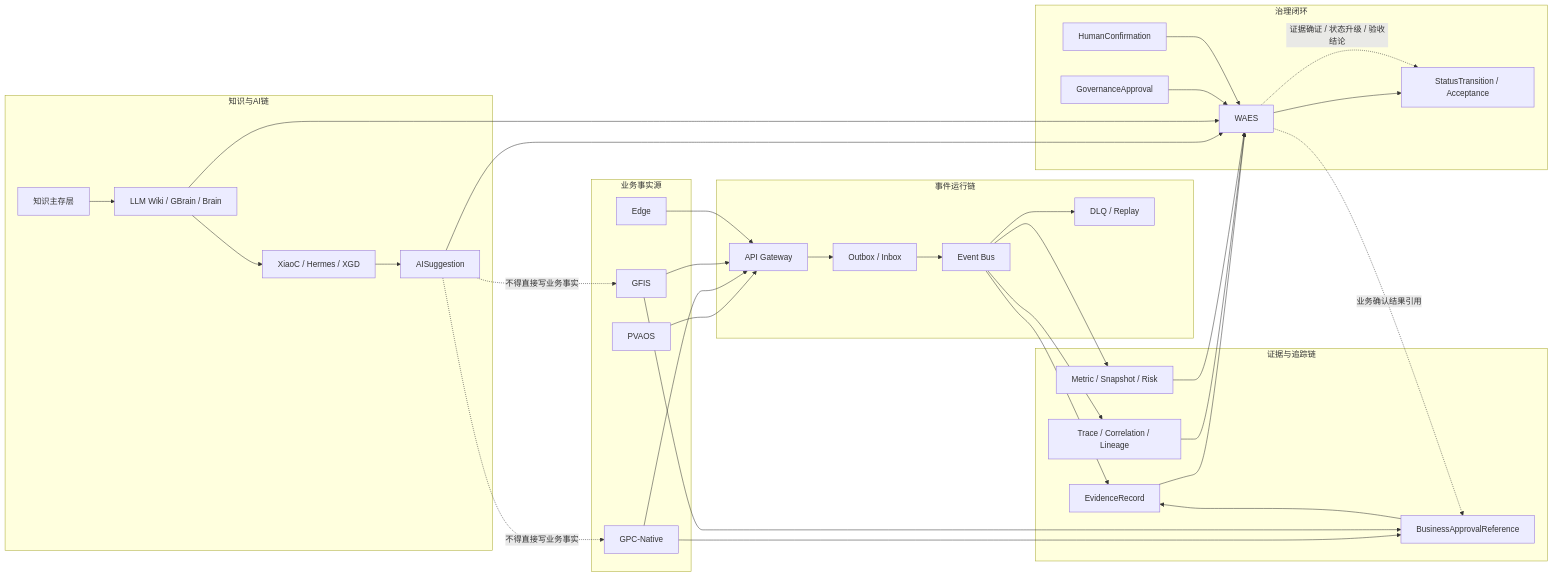
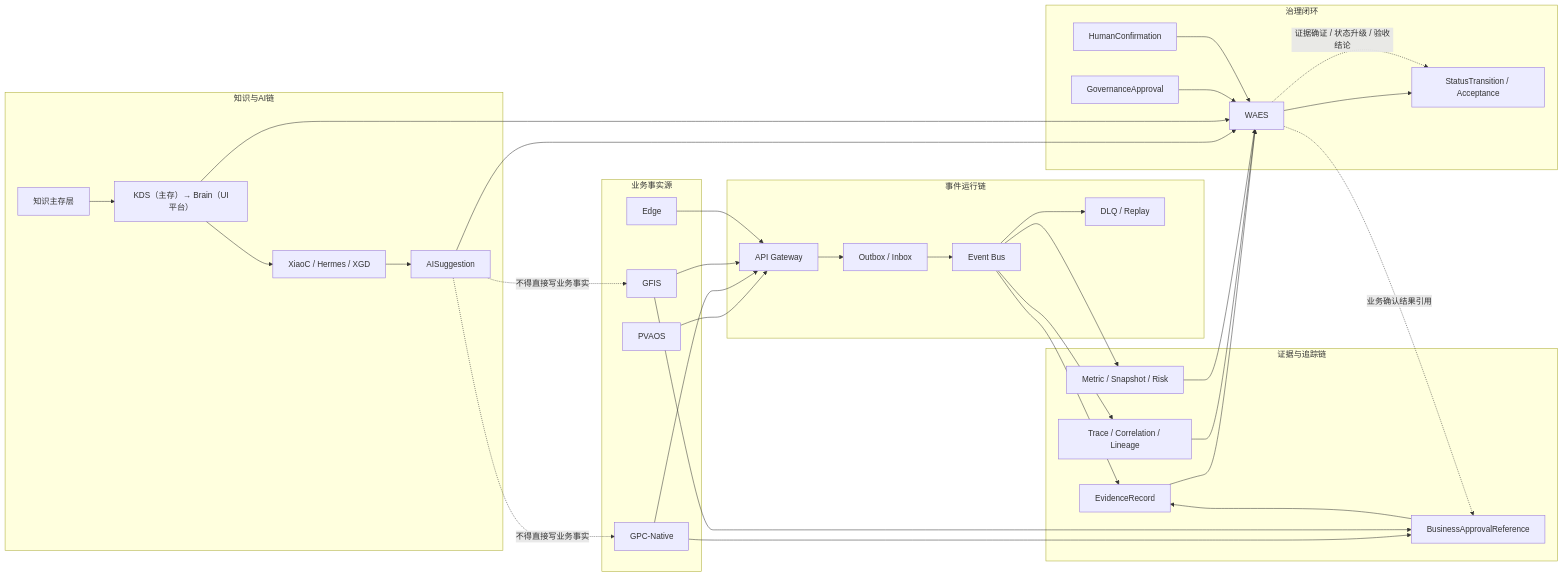
One commit to Jiumilu/GCGPCF changed the diagram in 01-architecture/GlobalCloud绿色供应链体系全链路事件与证据闭环图.md. Above: the diagram before and after it, drawn with Mermaid. The commit also changed 182 other files, not shown here.

````diff
--- a/01-architecture/GlobalCloud绿色供应链体系全链路事件与证据闭环图.md
+++ b/01-architecture/GlobalCloud绿色供应链体系全链路事件与证据闭环图.md
@@ -9,71 +9,71 @@
 ```mermaid
 flowchart LR
   subgraph BIZ["业务事实源"]
     PVAOS["PVAOS"]
     GPC["GPC-Native"]
     GFIS["GFIS"]
     EDGE["Edge"]
   end
 
   subgraph EVT["事件运行链"]
     APIGW["API Gateway"]
     OI["Outbox / Inbox"]
     BUS["Event Bus"]
     DLQ["DLQ / Replay"]
   end
 
   subgraph EVD["证据与追踪链"]
     EREC["EvidenceRecord"]
     BREF["BusinessApprovalReference"]
     TRACE["Trace / Correlation / Lineage"]
     METRIC["Metric / Snapshot / Risk"]
   end
 
   subgraph KNOW["知识与AI链"]
     KMS["知识主存层"]
-    KE["LLM Wiki / GBrain / Brain"]
+    KE["KDS（主存）→ Brain（UI平台）"]
     AI["XiaoC / Hermes / XGD"]
     SUGG["AISuggestion"]
   end
 
   subgraph GOV["治理闭环"]
     WAES["WAES"]
     GAP["GovernanceApproval"]
     HCONF["HumanConfirmation"]
     STAT["StatusTransition / Acceptance"]
   end
 
   PVAOS --> APIGW
   GPC --> APIGW
   GFIS --> APIGW
   EDGE --> APIGW
 
   APIGW --> OI --> BUS
   BUS --> DLQ
   BUS --> EREC
   BUS --> TRACE
   BUS --> METRIC
 
   GPC --> BREF
   GFIS --> BREF
   BREF --> EREC
 
   KMS --> KE
   KE --> AI
   AI --> SUGG
   SUGG --> WAES
   KE --> WAES
 
   EREC --> WAES
   TRACE --> WAES
   METRIC --> WAES
 
   GAP --> WAES
   HCONF --> WAES
   WAES --> STAT
 
   WAES -. 业务确认结果引用 .-> BREF
   WAES -. 证据确证 / 状态升级 / 验收结论 .-> STAT
   SUGG -. 不得直接写业务事实 .-> GPC
   SUGG -. 不得直接写业务事实 .-> GFIS
 ```
````
